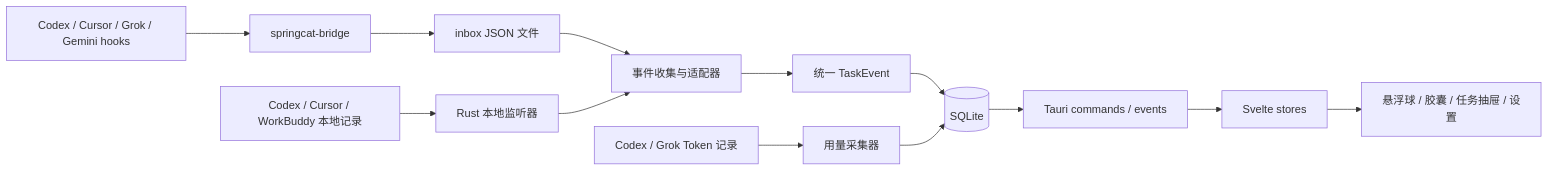
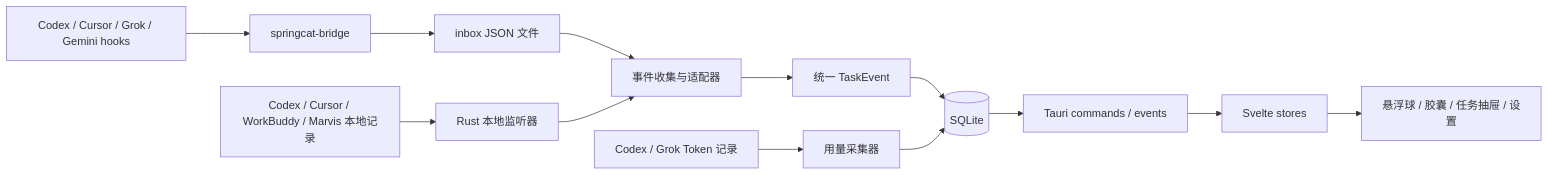
The diagram in README.md (lastwhisper00/springcat), drawn with Mermaid before and after one commit. The commit also changed other lines of this file and 28 other files, not shown here.

````diff
--- a/README.md
+++ b/README.md
@@ -34,15 +35,15 @@
 ```mermaid
 flowchart LR
     A[Codex / Cursor / Grok / Gemini hooks] --> B[springcat-bridge]
     B --> C[inbox JSON 文件]
-    D[Codex / Cursor / WorkBuddy 本地记录] --> E[Rust 本地监听器]
+    D[Codex / Cursor / WorkBuddy / Marvis 本地记录] --> E[Rust 本地监听器]
     C --> F[事件收集与适配器]
     E --> F
     F --> G[统一 TaskEvent]
     G --> H[(SQLite)]
     H --> I[Tauri commands / events]
     I --> J[Svelte stores]
     J --> K[悬浮球 / 胶囊 / 任务抽屉 / 设置]
     L[Codex / Grok Token 记录] --> M[用量采集器]
     M --> H
 ```
````
